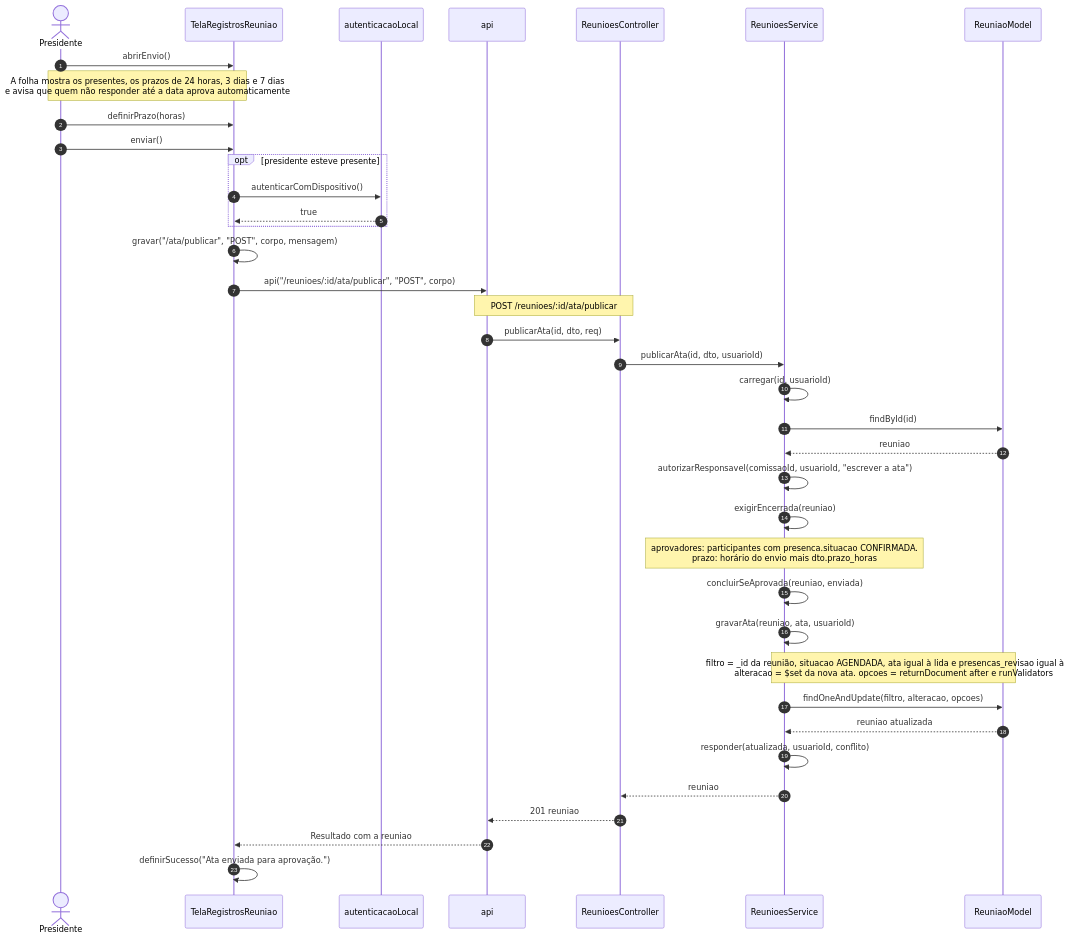
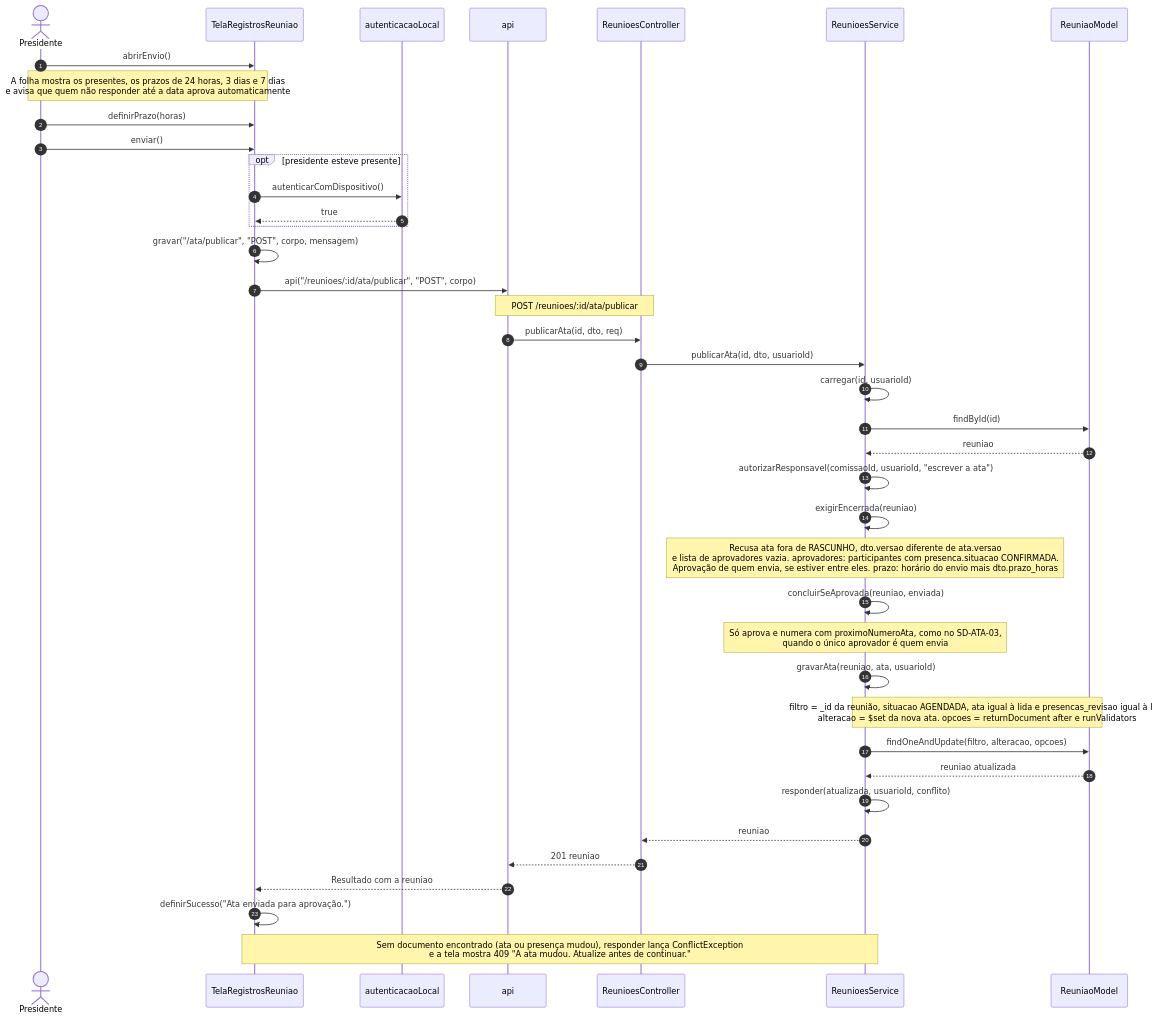
Before and after one commit to Conecta-IFSP/DOCUMENTATION: the second of 9 diagrams in 4 - Incremento3/atas/6 - diagramas-sequencia-atas.md, drawn with Mermaid. The commit also changed other lines of this file and 9 other files, not shown here.

````diff
--- a/4 - Incremento3/atas/6 - diagramas-sequencia-atas.md
+++ b/4 - Incremento3/atas/6 - diagramas-sequencia-atas.md
@@ -55,40 +55,42 @@
 ```mermaid
 sequenceDiagram
     autonumber
     actor U as Presidente
     participant T as TelaRegistrosReuniao
     participant L as autenticacaoLocal
     participant A as api
     participant C as ReunioesController
     participant S as ReunioesService
     participant M as ReuniaoModel
     U->>T: abrirEnvio()
     Note over U,T: A folha mostra os presentes, os prazos de 24 horas, 3 dias e 7 dias<br/>e avisa que quem não responder até a data aprova automaticamente
     U->>T: definirPrazo(horas)
     U->>T: enviar()
     opt presidente esteve presente
         T->>L: autenticarComDispositivo()
         L-->>T: true
     end
     T->>T: gravar("/ata/publicar", "POST", corpo, mensagem)
     T->>A: api("/reunioes/:id/ata/publicar", "POST", corpo)
     Note over A,C: POST /reunioes/:id/ata/publicar
     A->>C: publicarAta(id, dto, req)
     C->>S: publicarAta(id, dto, usuarioId)
     S->>S: carregar(id, usuarioId)
     S->>M: findById(id)
     M-->>S: reuniao
     S->>S: autorizarResponsavel(comissaoId, usuarioId, "escrever a ata")
     S->>S: exigirEncerrada(reuniao)
-    Note over S: aprovadores: participantes com presenca.situacao CONFIRMADA.<br/>prazo: horário do envio mais dto.prazo_horas
+    Note over S: Recusa ata fora de RASCUNHO, dto.versao diferente de ata.versao<br/>e lista de aprovadores vazia. aprovadores: participantes com presenca.situacao CONFIRMADA.<br/>Aprovação de quem envia, se estiver entre eles. prazo: horário do envio mais dto.prazo_horas
     S->>S: concluirSeAprovada(reuniao, enviada)
+    Note over S: Só aprova e numera com proximoNumeroAta, como no SD-ATA-03,<br/>quando o único aprovador é quem envia
     S->>S: gravarAta(reuniao, ata, usuarioId)
     Note over S,M: filtro = _id da reunião, situacao AGENDADA, ata igual à lida e presencas_revisao igual à lida<br/>alteracao = $set da nova ata. opcoes = returnDocument after e runValidators
     S->>M: findOneAndUpdate(filtro, alteracao, opcoes)
     M-->>S: reuniao atualizada
     S->>S: responder(atualizada, usuarioId, conflito)
     S-->>C: reuniao
     C-->>A: 201 reuniao
     A-->>T: Resultado com a reuniao
     T->>T: definirSucesso("Ata enviada para aprovação.")
+    Note over S,T: Sem documento encontrado (ata ou presença mudou), responder lança ConflictException<br/>e a tela mostra 409 "A ata mudou. Atualize antes de continuar."
 ```
````
